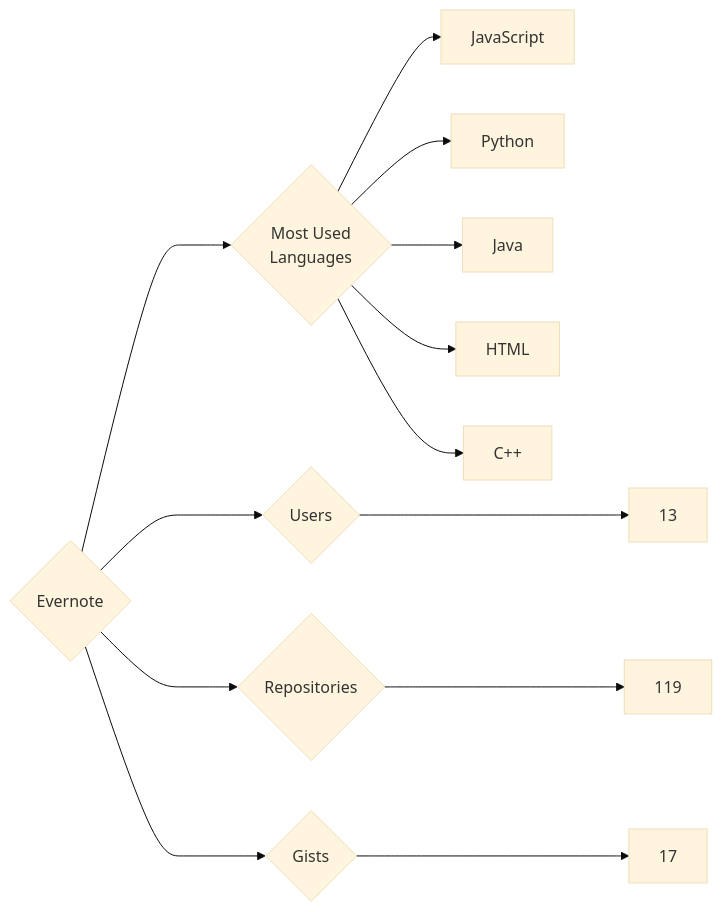
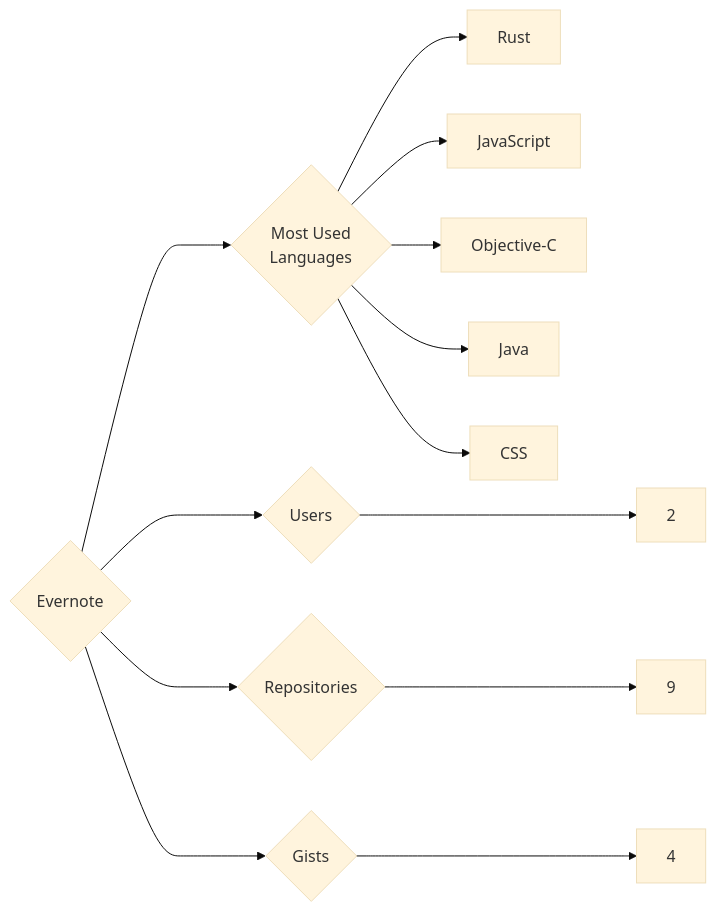
Before and after one commit to trickest/insiders: the diagram in targets/Evernote/README.md, drawn with Mermaid (base theme). The commit also changed 757 other files, not shown here.

````diff
--- a/targets/Evernote/README.md
+++ b/targets/Evernote/README.md
@@ -3,13 +3,13 @@
 ```mermaid
 graph LR
 COMPANY_NAME{Evernote}
-COMPANY_NAME ---> U{Users} ---> UN[13]
-COMPANY_NAME ---> R{Repositories} ---> RN[119]
-COMPANY_NAME ---> G{Gists} ---> GN[17]
+COMPANY_NAME ---> U{Users} ---> UN[2]
+COMPANY_NAME ---> R{Repositories} ---> RN[9]
+COMPANY_NAME ---> G{Gists} ---> GN[4]
 COMPANY_NAME ---> ML{Most Used<br>Languages}
+ML --> Rust[Rust]
 ML --> JavaScript[JavaScript]
-ML --> Python[Python]
+ML --> Objective-C[Objective-C]
 ML --> Java[Java]
-ML --> HTML[HTML]
-ML --> C++[C++]
+ML --> CSS[CSS]
 ```
````
